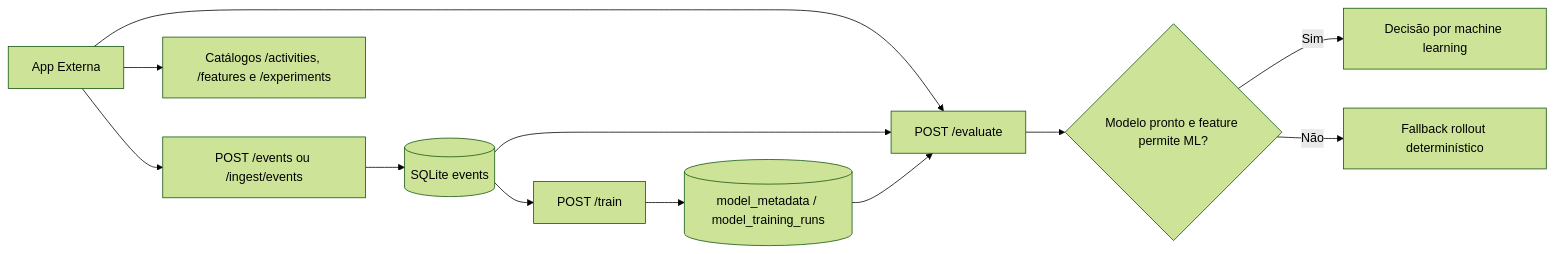
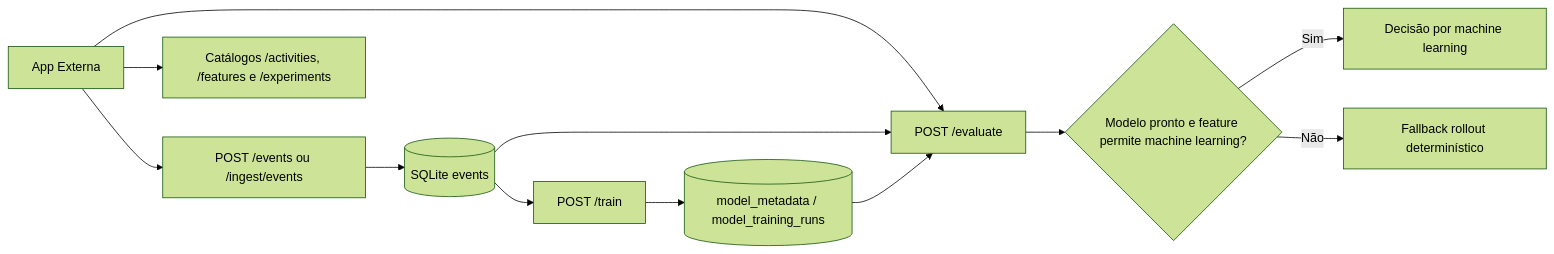
Before and after one commit to MariaCarolinass/adaptive-feature-flags: the diagram in docs/architecture/system-overview.md, drawn with Mermaid (forest theme). The commit also changed other lines of this file and 15 other files, not shown here.

Commit message:
Refactor documentation structure and terminology for clarity; update references to A/B experiments and machine learning throughout various sections.

````diff
--- a/docs/architecture/system-overview.md
+++ b/docs/architecture/system-overview.md
@@ -33,14 +33,14 @@
 ```mermaid
 flowchart LR
     A[App Externa] --> B[POST /events ou /ingest/events]
     A --> C[Catálogos /activities, /features e /experiments]
     B --> D[(SQLite events)]
     D --> E[POST /train]
     E --> F[(model_metadata / model_training_runs)]
     A --> G[POST /evaluate]
     D --> G
     F --> G
-    G --> H{Modelo pronto e feature permite ML?}
+G --> H{Modelo pronto e feature permite machine learning?}
     H -- Sim --> I[Decisão por machine learning]
     H -- Não --> J[Fallback rollout determinístico]
 ```
````
